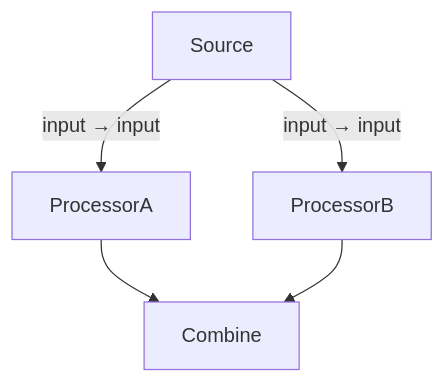
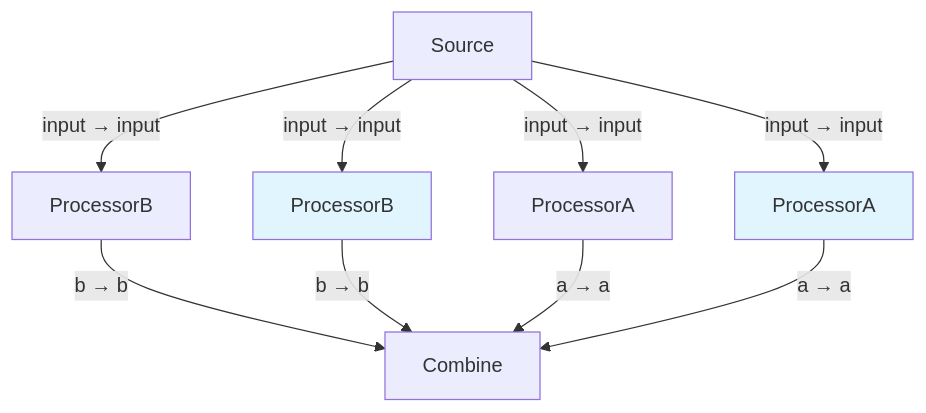
Before and after one commit to briday1/graph-sp: the fifth of 6 diagrams in README_PYPI.md, drawn with Mermaid. The commit also changed other lines of this file and 3 other files, not shown here.

````diff
--- a/README_PYPI.md
+++ b/README_PYPI.md
@@ -350,11 +389,19 @@
 ```mermaid
 graph TD
-    0["Source"]
-    1["ProcessorA"]
-    2["ProcessorB"]
-    5["Combine"]
-    0 -->|input → input| 1
-    0 -->|input → input| 2
-    1 --> 5
-    2 --> 5
+0["Source"]
+1["ProcessorA"]
+2["ProcessorB"]
+3["Combine"]
+4["ProcessorA"]
+5["ProcessorB"]
+0 -->|input → input| 1
+0 -->|input → input| 2
+5 -->|b → b| 3
+2 -->|b → b| 3
+4 -->|a → a| 3
+1 -->|a → a| 3
+0 -->|input → input| 4
+0 -->|input → input| 5
+style 1 fill:#e1f5ff
+style 2 fill:#e1f5ff
 ```
````
